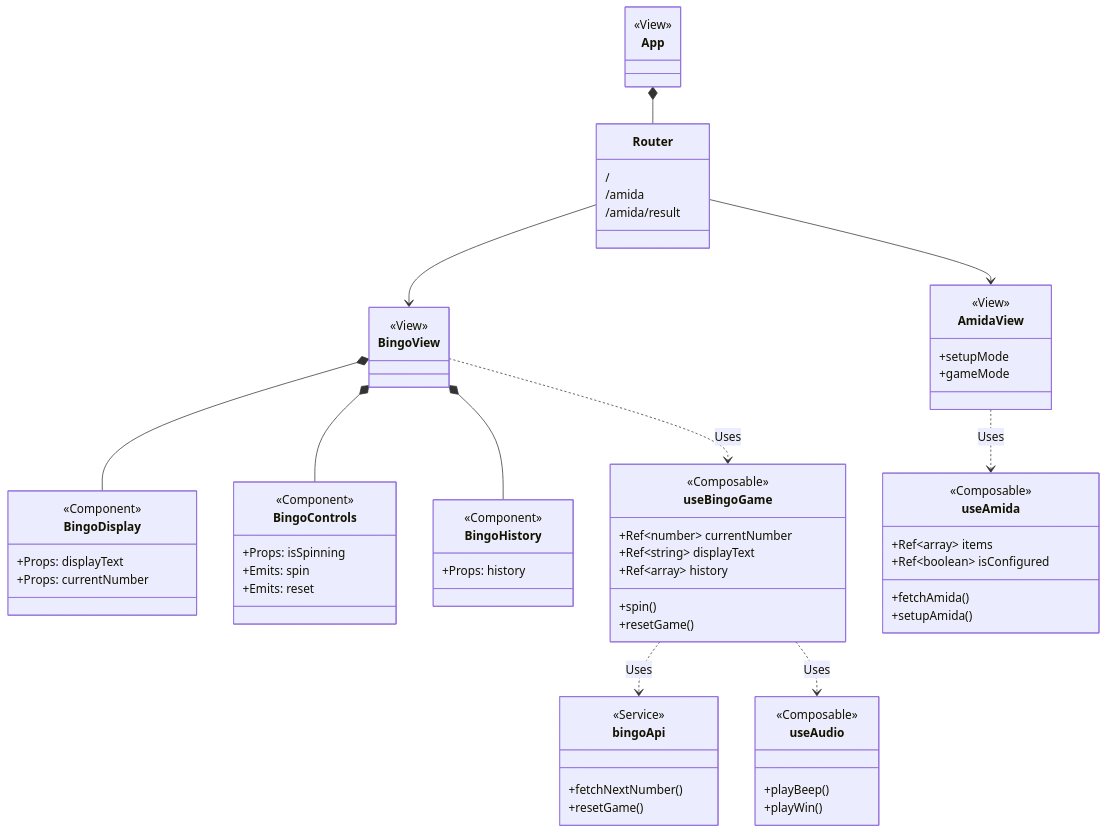
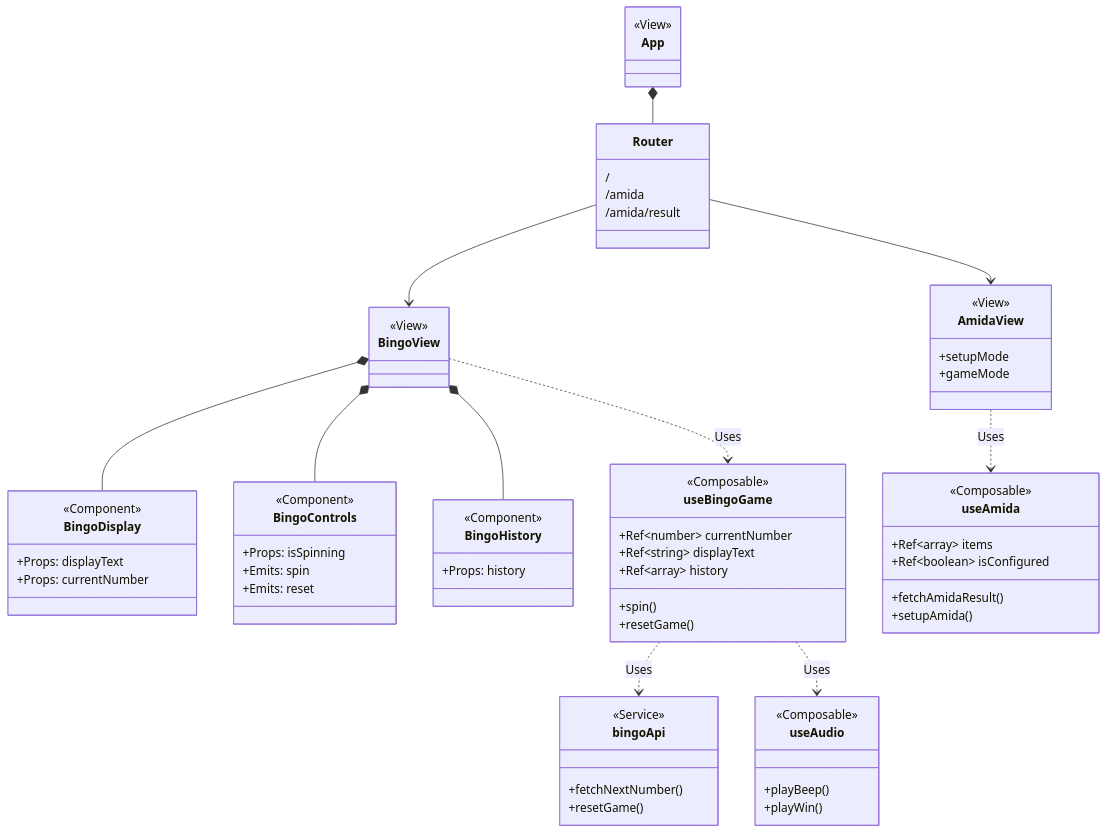
Before and after one commit to yasyasyu/bingo-server: the third of 5 diagrams in docs/ARCHITECTURE.md, drawn with Mermaid. The commit also changed other lines of this file and 2 other files, not shown here.

Commit message:
feat: あみだくじの設定取得エンドポイントを追加し、仕様書を更新

````diff
--- a/docs/ARCHITECTURE.md
+++ b/docs/ARCHITECTURE.md
@@ -122,82 +123,82 @@
 ```mermaid
 classDiagram
     title Frontend Component and Logic Structure
 
     class App {
         <<View>>
     }
     
     class Router {
         /
         /amida
         /amida/result
     }
 
     class BingoView {
         <<View>>
     }
 
     class AmidaView {
         <<View>>
         +setupMode
         +gameMode
     }
 
     class BingoDisplay {
         <<Component>>
         +Props: displayText
         +Props: currentNumber
     }
 
     class BingoControls {
         <<Component>>
         +Props: isSpinning
         +Emits: spin
         +Emits: reset
     }
 
     class BingoHistory {
         <<Component>>
         +Props: history
     }
 
     class useBingoGame {
         <<Composable>>
         +Ref~number~ currentNumber
         +Ref~string~ displayText
         +Ref~array~ history
         +spin()
         +resetGame()
     }
 
     class bingoApi {
         <<Service>>
         +fetchNextNumber()
         +resetGame()
     }
 
     class useAudio {
         <<Composable>>
         +playBeep()
         +playWin()
     }
 
     class useAmida {
         <<Composable>>
         +Ref~array~ items
         +Ref~boolean~ isConfigured
-        +fetchAmida()
+        +fetchAmidaResult()
         +setupAmida()
     }
 
     App *-- Router
     Router --> BingoView
     Router --> AmidaView
     BingoView *-- BingoDisplay
     BingoView *-- BingoControls
     BingoView *-- BingoHistory
     BingoView ..> useBingoGame : Uses
     AmidaView ..> useAmida : Uses
     useBingoGame ..> bingoApi : Uses
     useBingoGame ..> useAudio : Uses
 ```
````
